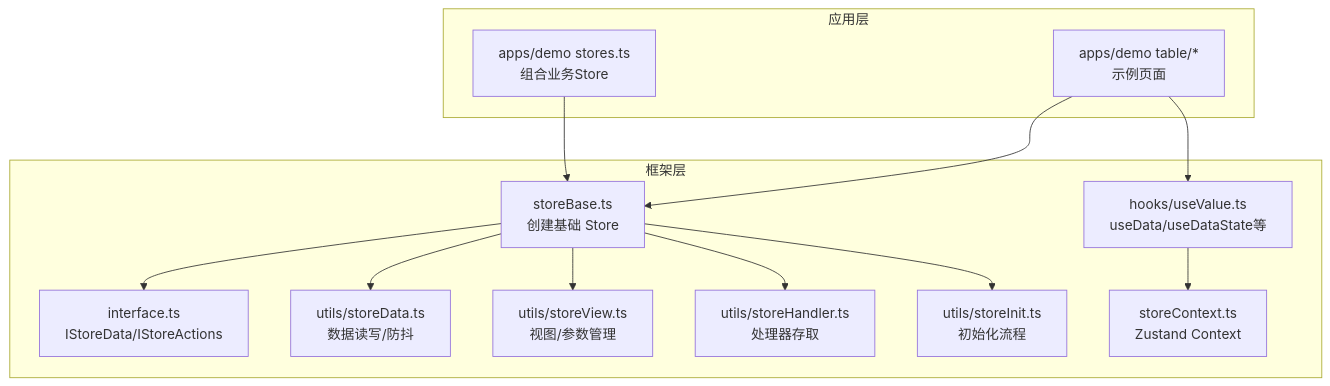
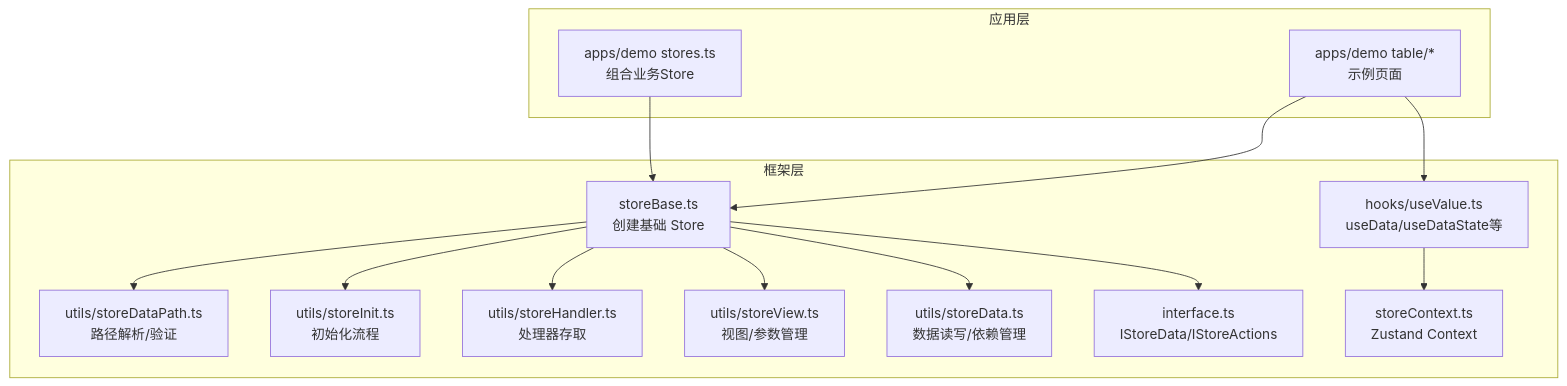
Before and after one commit to liqiongke/FrontArk: the first of 9 diagrams in .qoder/repowiki/zh/content/数据管理/状态管理.md, drawn with Mermaid. The commit also changed other lines of this file and 19 other files, not shown here.

````diff
--- a/.qoder/repowiki/zh/content/数据管理/状态管理.md
+++ b/.qoder/repowiki/zh/content/数据管理/状态管理.md
@@ -40,26 +51,28 @@
 ```mermaid
 graph TB
 subgraph "框架层"
 A["storeBase.ts<br/>创建基础 Store"]
 B["interface.ts<br/>IStoreData/IStoreActions"]
 C["hooks/useValue.ts<br/>useData/useDataState等"]
-D["utils/storeData.ts<br/>数据读写/防抖"]
+D["utils/storeData.ts<br/>数据读写/依赖管理"]
 E["utils/storeView.ts<br/>视图/参数管理"]
 F["utils/storeHandler.ts<br/>处理器存取"]
 G["utils/storeInit.ts<br/>初始化流程"]
 H["storeContext.ts<br/>Zustand Context"]
+I["utils/storeDataPath.ts<br/>路径解析/验证"]
 end
 subgraph "应用层"
 X["apps/demo stores.ts<br/>组合业务Store"]
 Y["apps/demo table/*<br/>示例页面"]
 end
 A --> B
 A --> D
 A --> E
 A --> F
 A --> G
+A --> I
 C --> H
 X --> A
 Y --> C
 Y --> A
 ```
````
